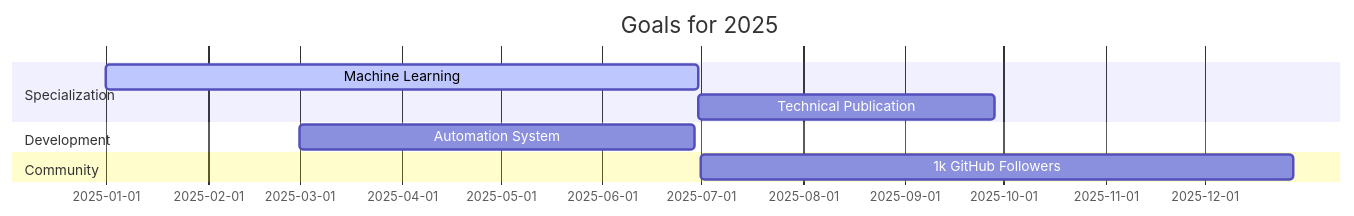
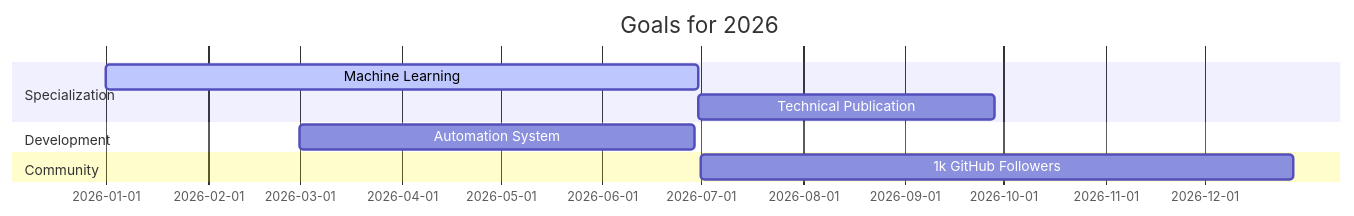
Before and after one commit to delblerferreromorgan/delblerferreromorgan: the second of 3 diagrams in README.md, drawn with Mermaid. The commit also changed other lines of this file, not shown here.

Commit message:
Update roadmap and study progress to 2026

````diff
--- a/README.md
+++ b/README.md
@@ -191,13 +191,13 @@
 ```mermaid
 gantt
-    title Goals for 2025
+    title Goals for 2026
     dateFormat  YYYY-MM-DD
     section Specialization
-    Machine Learning           :active,    des1, 2025-01-01, 2025-06-30
+    Machine Learning           :active,    des1, 2026-01-01, 2026-06-30
     Technical Publication         :         des2, after des1, 90d
     section Development
-    Automation System          :         des3, 2025-03-01, 120d
+    Automation System          :         des3, 2026-03-01, 120d
     section Community
-    1k GitHub Followers        :         des4, 2025-07-01, 180d
+    1k GitHub Followers        :         des4, 2026-07-01, 180d
 
 ```
````
